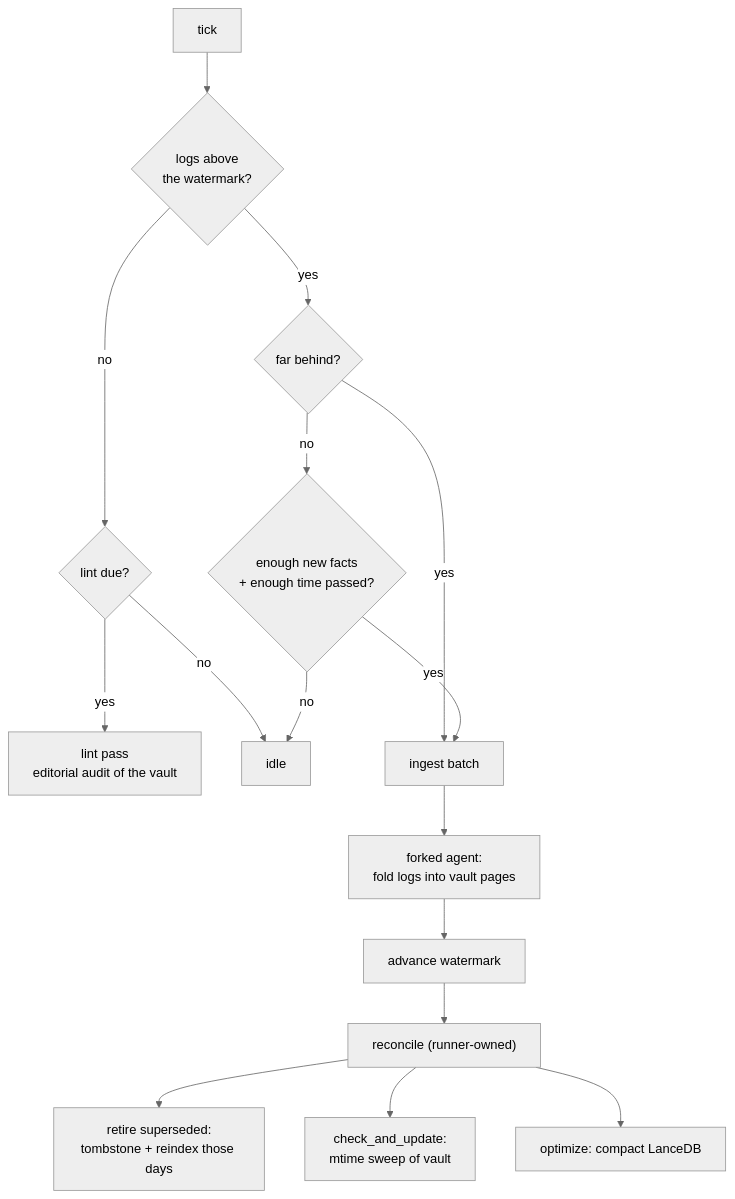
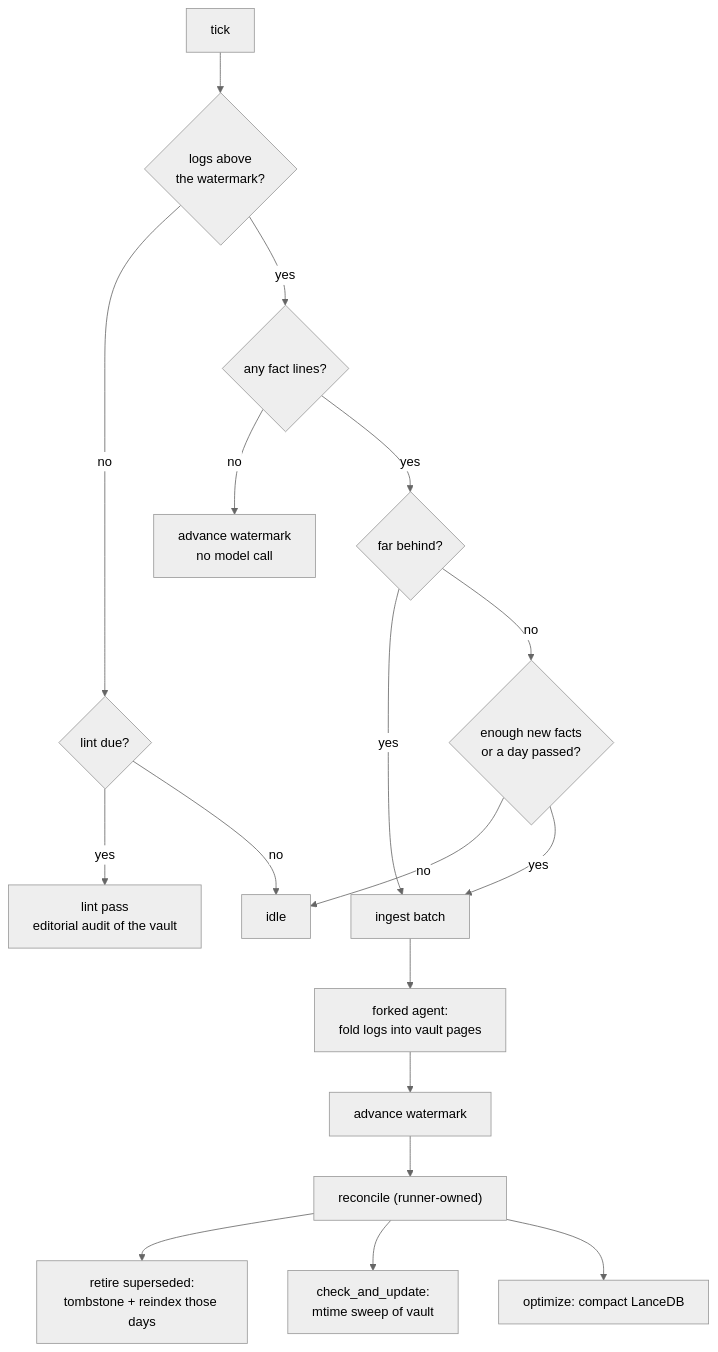
One commit to cyzus/suzent changed the third of 3 diagrams in docs/08-developing/architecture/memory-architecture.md. Above: the diagram before and after it, drawn with Mermaid. The commit also changed other lines of this file and 40 other files, not shown here.

````diff
--- a/docs/08-developing/architecture/memory-architecture.md
+++ b/docs/08-developing/architecture/memory-architecture.md
@@ -98,19 +151,21 @@
 ```mermaid
 %%{init: {'theme':'neutral'}}%%
 flowchart TD
     T["tick"] --> P{"logs above<br/>the watermark?"}
     P -->|no| L{"lint due?"}
     L -->|yes| LINT["lint pass<br/>editorial audit of the vault"]
     L -->|no| IDLE["idle"]
-    P -->|yes| B{"far behind?"}
+    P -->|yes| C{"any fact lines?"}
+    C -->|no| SKIP["advance watermark<br/>no model call"]
+    C -->|yes| B{"far behind?"}
     B -->|yes| RUN["ingest batch"]
-    B -->|no| G{"enough new facts<br/>+ enough time passed?"}
+    B -->|no| G{"enough new facts<br/>or a day passed?"}
     G -->|no| IDLE
     G -->|yes| RUN
     RUN --> AGENT["forked agent:<br/>fold logs into vault pages"]
     AGENT --> WM["advance watermark"]
     WM --> REC["reconcile (runner-owned)"]
     REC --> R1["retire superseded:<br/>tombstone + reindex those days"]
     REC --> R2["check_and_update:<br/>mtime sweep of vault"]
     REC --> R3["optimize: compact LanceDB"]
 ```
````
